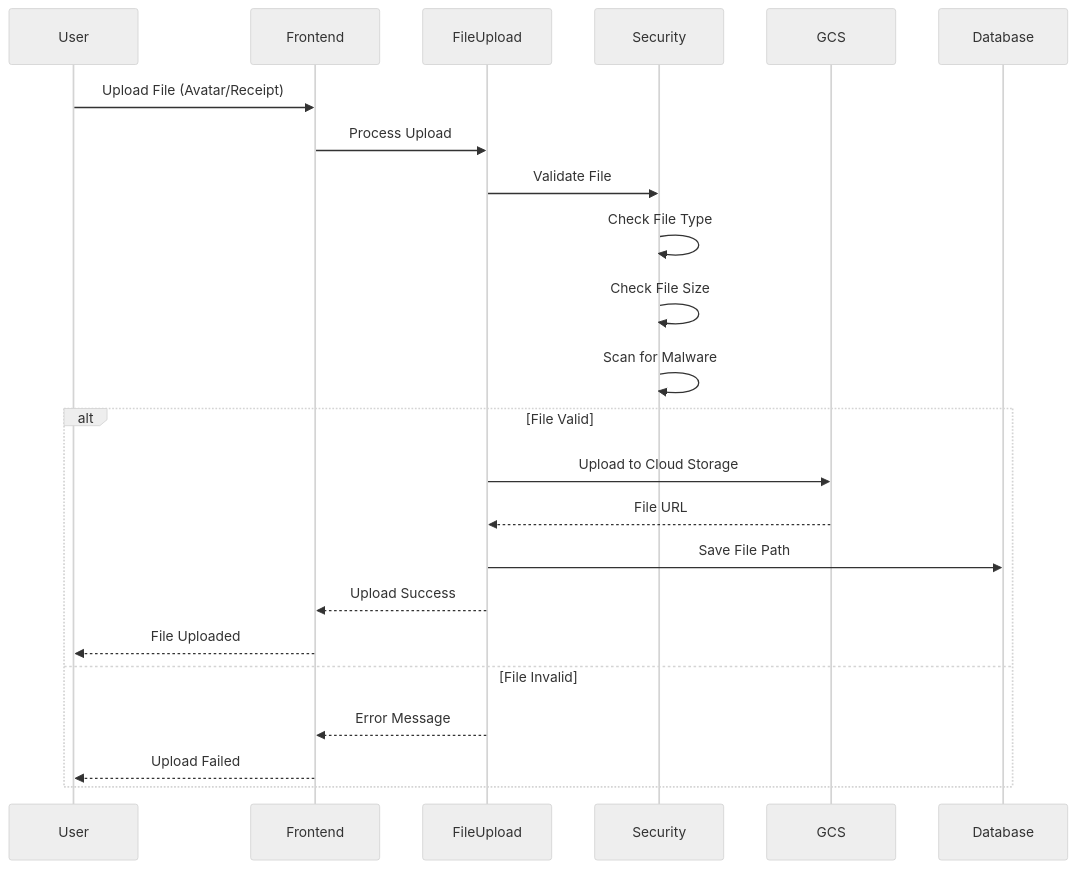
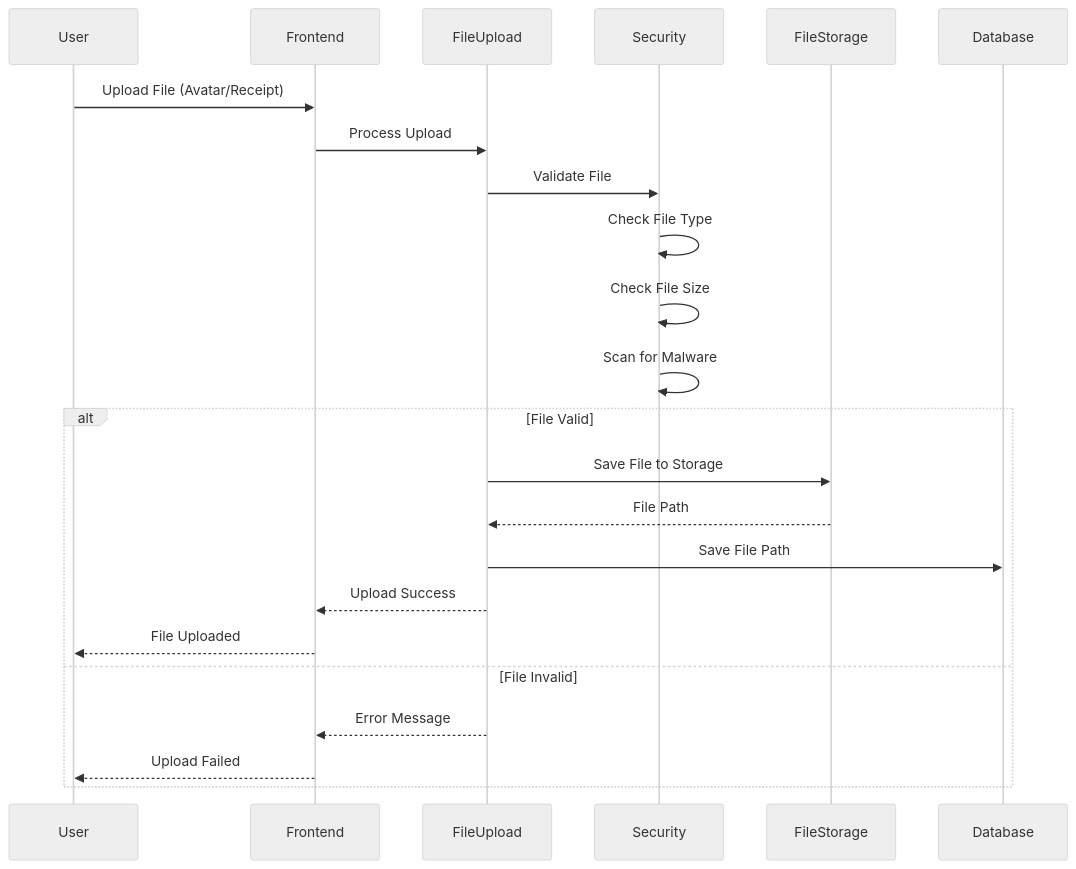
Before and after one commit to Fit-and-Brawl-Gym/fit-brawl: the fifth of 5 diagrams in docs/system-architecture.md, drawn with Mermaid (neutral theme). The commit also changed other lines of this file, not shown here.

````diff
--- a/docs/system-architecture.md
+++ b/docs/system-architecture.md
@@ -274,26 +270,26 @@
 ```mermaid
 sequenceDiagram
     participant User
     participant Frontend
     participant FileUpload
     participant Security
-    participant GCS
+    participant FileStorage
     participant Database
 
     User->>Frontend: Upload File (Avatar/Receipt)
     Frontend->>FileUpload: Process Upload
     FileUpload->>Security: Validate File
     Security->>Security: Check File Type
     Security->>Security: Check File Size
     Security->>Security: Scan for Malware
     alt File Valid
-        FileUpload->>GCS: Upload to Cloud Storage
-        GCS-->>FileUpload: File URL
+        FileUpload->>FileStorage: Save File to Storage
+        FileStorage-->>FileUpload: File Path
         FileUpload->>Database: Save File Path
         FileUpload-->>Frontend: Upload Success
         Frontend-->>User: File Uploaded
     else File Invalid
         FileUpload-->>Frontend: Error Message
         Frontend-->>User: Upload Failed
     end
 ```
````
